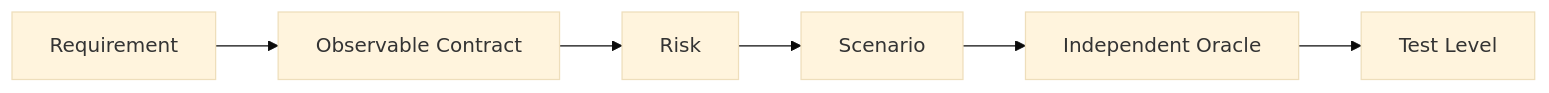
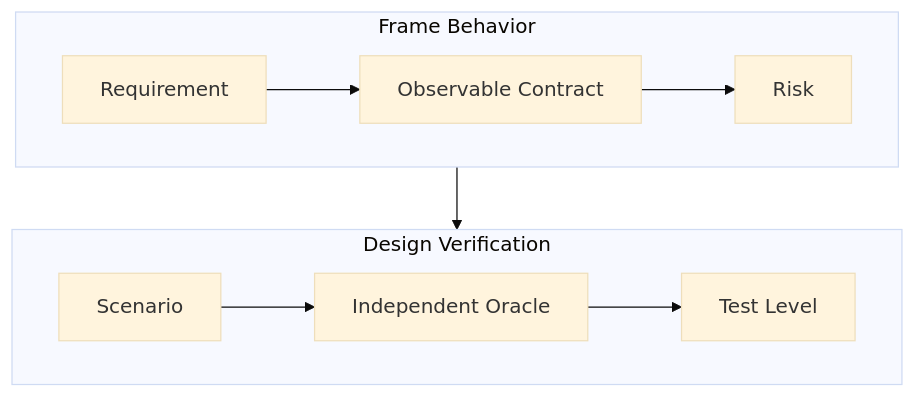
The diagram in docs/development/test-design-and-implementation.md (mols3131d/hmda-data-reliability), drawn with Mermaid (base theme) before and after one commit.

Commit message:
docs: rebalance test design Mermaid

````diff
--- a/docs/development/test-design-and-implementation.md
+++ b/docs/development/test-design-and-implementation.md
@@ -11,8 +11,14 @@
 ```mermaid
-flowchart LR
-    requirement["Requirement"] --> contract["Observable Contract"]
-    contract --> risk["Risk"]
-    risk --> scenario["Scenario"]
-    scenario --> oracle["Independent Oracle"]
-    oracle --> level["Test Level"]
+flowchart TB
+    subgraph framing ["Frame Behavior"]
+        direction LR
+        requirement["Requirement"] --> contract["Observable Contract"] --> risk["Risk"]
+    end
+
+    subgraph verification ["Design Verification"]
+        direction LR
+        scenario["Scenario"] --> oracle["Independent Oracle"] --> level["Test Level"]
+    end
+
+    framing --> verification
 ```
````
